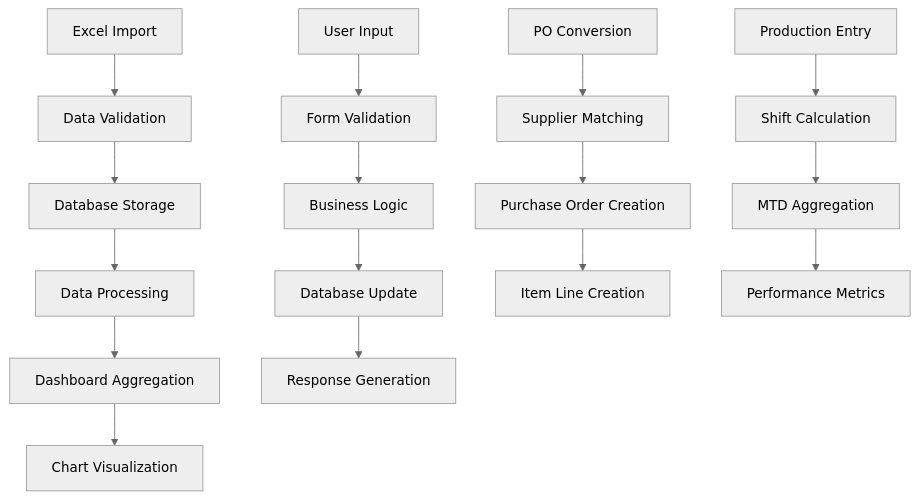
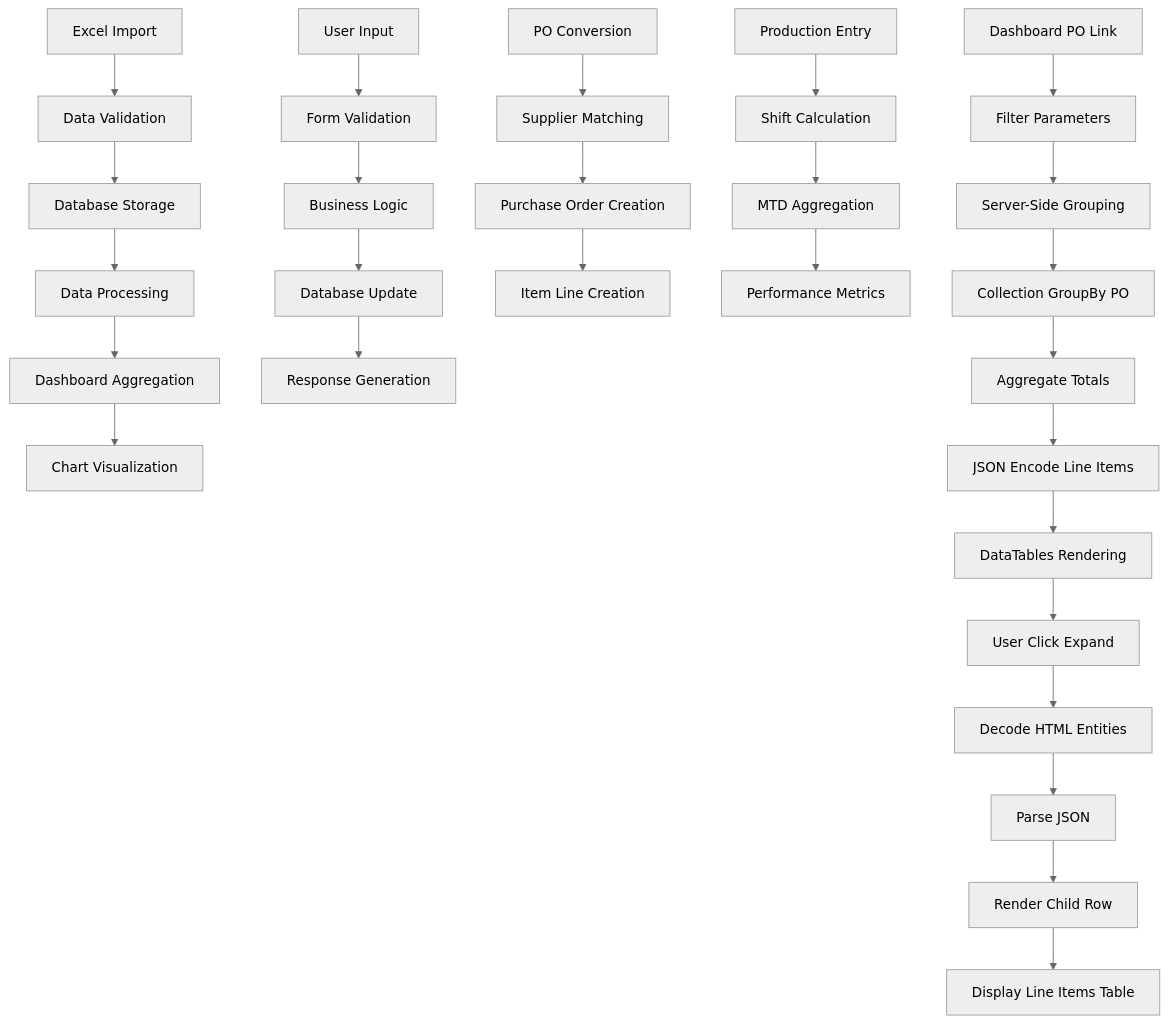
One commit to rachmanj/ark-gs-newdb changed the diagram in docs/architecture.md. Above: the diagram before and after it, drawn with Mermaid (neutral theme). The commit also changed other lines of this file and 12 other files, not shown here.

Commit message:
Implement grouped PO Sent Details view with expandable line items in POController. Refactored data retrieval to aggregate PO information and display in DataTables format. Enhanced UI for better user experience with formatted dates and totals.

````diff
--- a/docs/architecture.md
+++ b/docs/architecture.md
@@ -226,21 +241,33 @@
 ```mermaid
 graph TD
     A[Excel Import] --> B[Data Validation]
     B --> C[Database Storage]
     C --> D[Data Processing]
     D --> E[Dashboard Aggregation]
     E --> F[Chart Visualization]
 
     G[User Input] --> H[Form Validation]
     H --> I[Business Logic]
     I --> J[Database Update]
     J --> K[Response Generation]
 
     L[PO Conversion] --> M[Supplier Matching]
     M --> N[Purchase Order Creation]
     N --> O[Item Line Creation]
 
     P[Production Entry] --> Q[Shift Calculation]
     Q --> R[MTD Aggregation]
     R --> S[Performance Metrics]
+
+    T[Dashboard PO Link] --> U[Filter Parameters]
+    U --> V[Server-Side Grouping]
+    V --> W[Collection GroupBy PO]
+    W --> X[Aggregate Totals]
+    X --> Y[JSON Encode Line Items]
+    Y --> Z[DataTables Rendering]
+    Z --> AA[User Click Expand]
+    AA --> AB[Decode HTML Entities]
+    AB --> AC[Parse JSON]
+    AC --> AD[Render Child Row]
+    AD --> AE[Display Line Items Table]
 ```
````
